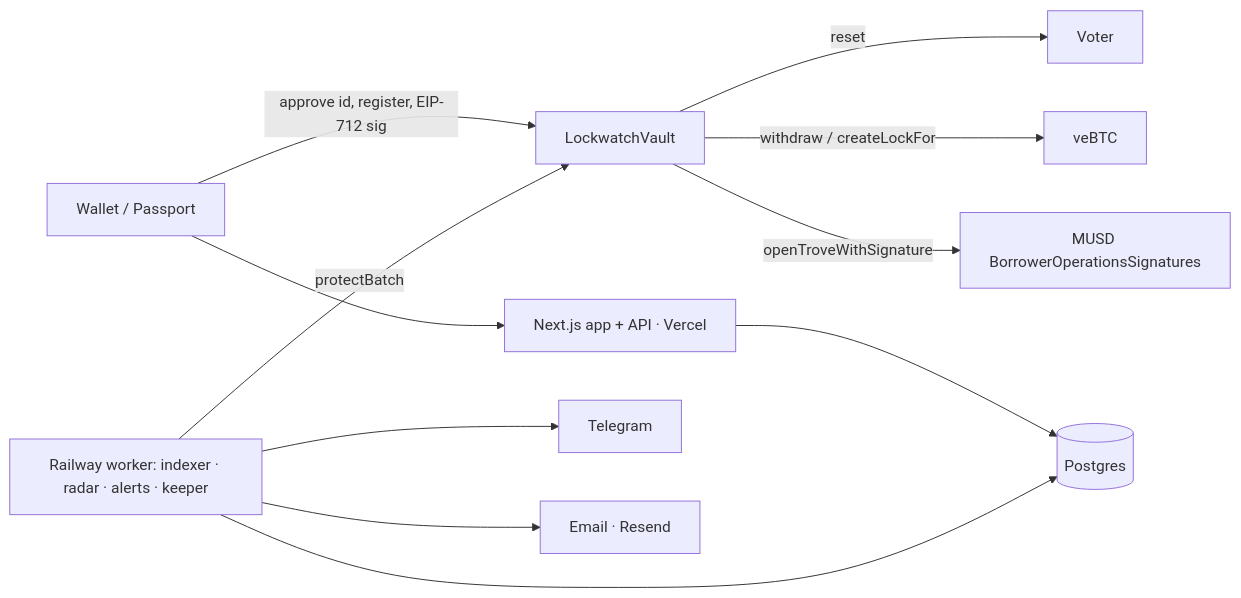
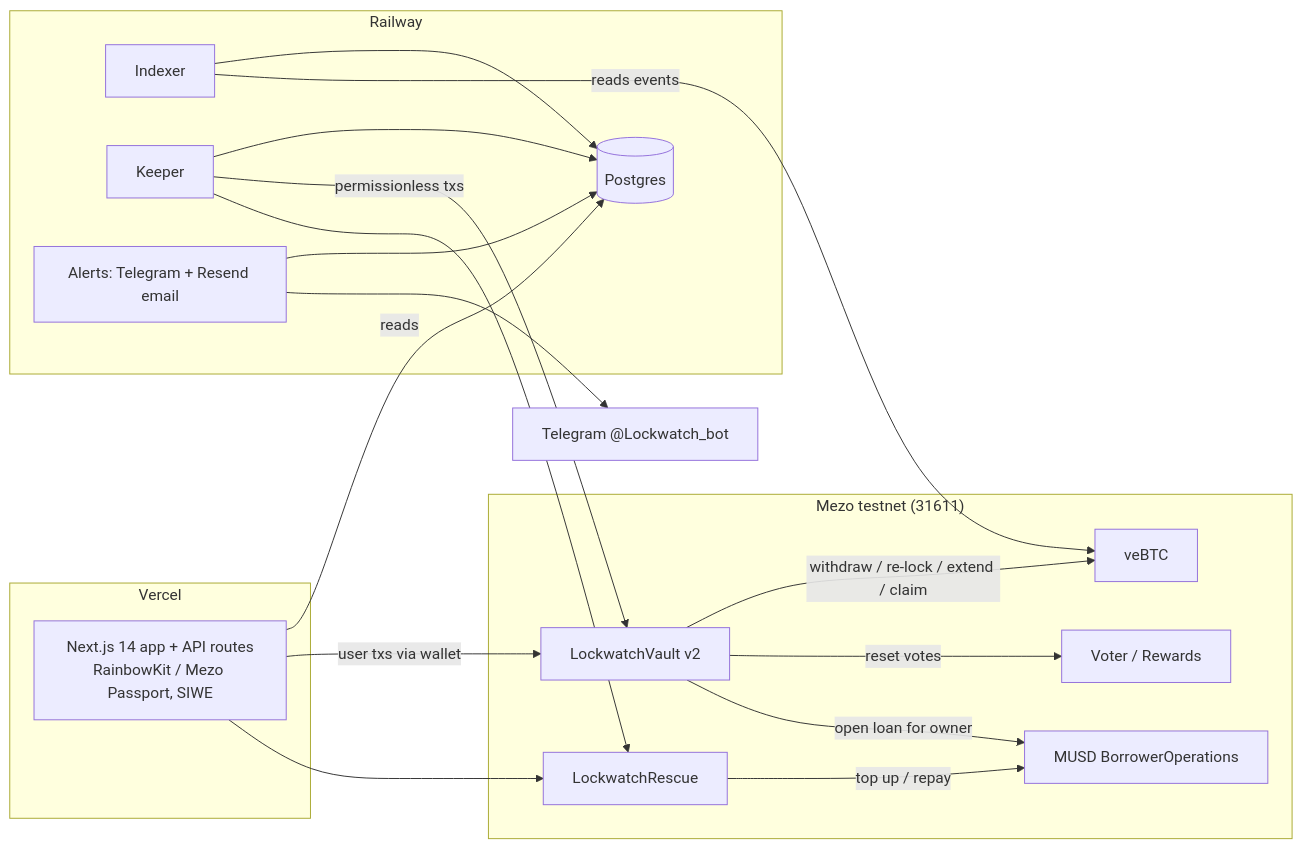
One commit to AshThunder/lockwatch changed the diagram in README.md. Above: the diagram before and after it, drawn with Mermaid. The commit also changed other lines of this file and 17 other files, not shown here.

````diff
--- a/README.md
+++ b/README.md
@@ -19,13 +40,33 @@
 ```mermaid
 flowchart LR
-  U[Wallet / Passport] -->|approve id, register, EIP-712 sig| V[LockwatchVault]
-  U --> W[Next.js app + API · Vercel]
-  W --> DB[(Postgres)]
-  S[Railway worker: indexer · radar · alerts · keeper] --> DB
-  S -->|protectBatch| V
-  V -->|reset| VOT[Voter]
-  V -->|withdraw / createLockFor| VE[veBTC]
-  V -->|openTroveWithSignature| BOS[MUSD BorrowerOperationsSignatures]
-  S --> TG[Telegram]
-  S --> EM[Email · Resend]
+  subgraph Mezo["Mezo testnet (31611)"]
+    VE[veBTC]
+    VOTER[Voter / Rewards]
+    MUSD[MUSD BorrowerOperations]
+    VAULT[LockwatchVault v2]
+    RESCUE[LockwatchRescue]
+    VAULT -- withdraw / re-lock / extend / claim --> VE
+    VAULT -- reset votes --> VOTER
+    VAULT -- open loan for owner --> MUSD
+    RESCUE -- top up / repay --> MUSD
+  end
+  subgraph Railway
+    IDX[Indexer]
+    KEEP[Keeper]
+    ALERT[Alerts: Telegram + Resend email]
+    PG[(Postgres)]
+    IDX --> PG
+    KEEP --> PG
+    ALERT --> PG
+  end
+  subgraph Vercel
+    APP["Next.js 14 app + API routes<br/>RainbowKit / Mezo Passport, SIWE"]
+  end
+  IDX -- reads events --> VE
+  KEEP -- permissionless txs --> VAULT
+  KEEP --> RESCUE
+  APP -- reads --> PG
+  APP -- user txs via wallet --> VAULT
+  APP --> RESCUE
+  ALERT --> TG[Telegram @Lockwatch_bot]
 ```
````
